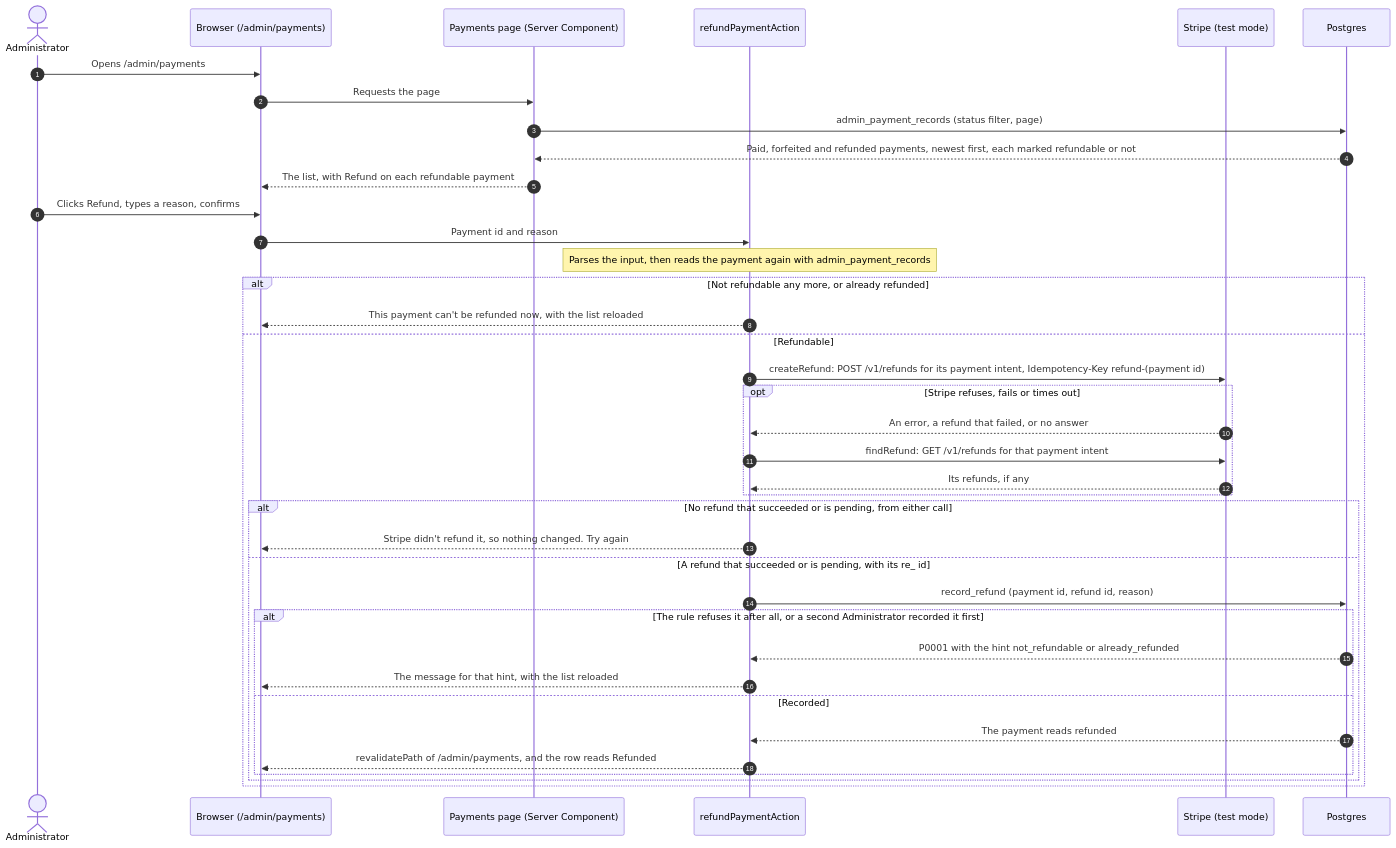
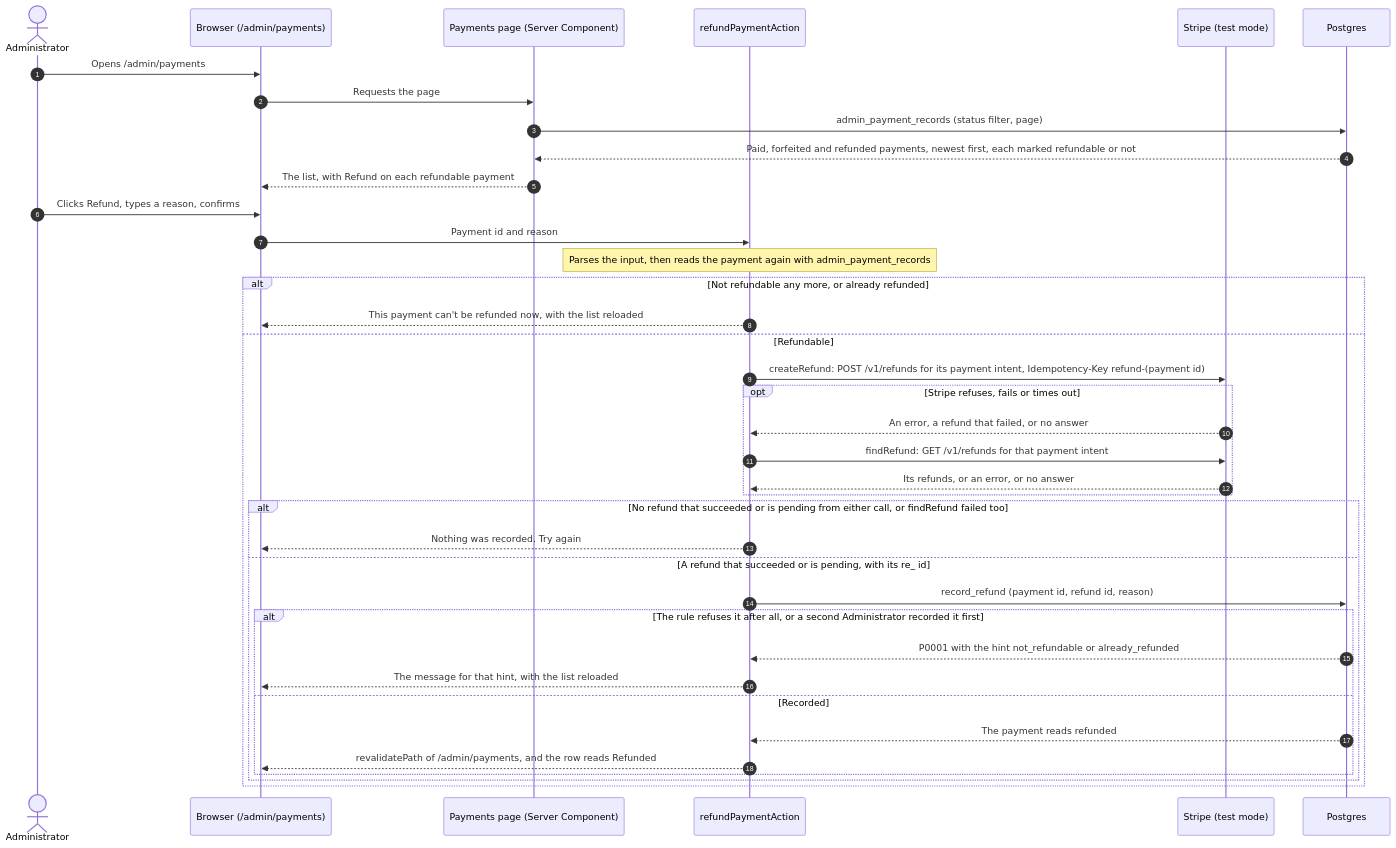
One commit to dreeyanzz/studyhub changed the diagram in docs/design/STORY-14-admin-console.md. Above: the diagram before and after it, drawn with Mermaid. The commit also changed other lines of this file and 1 other file, not shown here.

First line of the commit message:
docs(STORY-14): say what happens when findRefund fails too

````diff
--- a/docs/design/STORY-14-admin-console.md
+++ b/docs/design/STORY-14-admin-console.md
@@ -75,40 +75,40 @@
 ```mermaid
 sequenceDiagram
     autonumber
     actor A as Administrator
     participant B as Browser (/admin/payments)
     participant P as Payments page (Server Component)
     participant SA as refundPaymentAction
     participant ST as Stripe (test mode)
     participant DB as Postgres
     A->>B: Opens /admin/payments
     B->>P: Requests the page
     P->>DB: admin_payment_records (status filter, page)
     DB-->>P: Paid, forfeited and refunded payments, newest first, each marked refundable or not
     P-->>B: The list, with Refund on each refundable payment
     A->>B: Clicks Refund, types a reason, confirms
     B->>SA: Payment id and reason
     Note over SA: Parses the input, then reads the payment again with admin_payment_records
     alt Not refundable any more, or already refunded
         SA-->>B: This payment can't be refunded now, with the list reloaded
     else Refundable
         SA->>ST: createRefund: POST /v1/refunds for its payment intent, Idempotency-Key refund-(payment id)
         opt Stripe refuses, fails or times out
             ST-->>SA: An error, a refund that failed, or no answer
             SA->>ST: findRefund: GET /v1/refunds for that payment intent
-            ST-->>SA: Its refunds, if any
+            ST-->>SA: Its refunds, or an error, or no answer
         end
-        alt No refund that succeeded or is pending, from either call
-            SA-->>B: Stripe didn't refund it, so nothing changed. Try again
+        alt No refund that succeeded or is pending from either call, or findRefund failed too
+            SA-->>B: Nothing was recorded. Try again
         else A refund that succeeded or is pending, with its re_ id
             SA->>DB: record_refund (payment id, refund id, reason)
             alt The rule refuses it after all, or a second Administrator recorded it first
                 DB-->>SA: P0001 with the hint not_refundable or already_refunded
                 SA-->>B: The message for that hint, with the list reloaded
             else Recorded
                 DB-->>SA: The payment reads refunded
                 SA-->>B: revalidatePath of /admin/payments, and the row reads Refunded
             end
         end
     end
 ```
````
